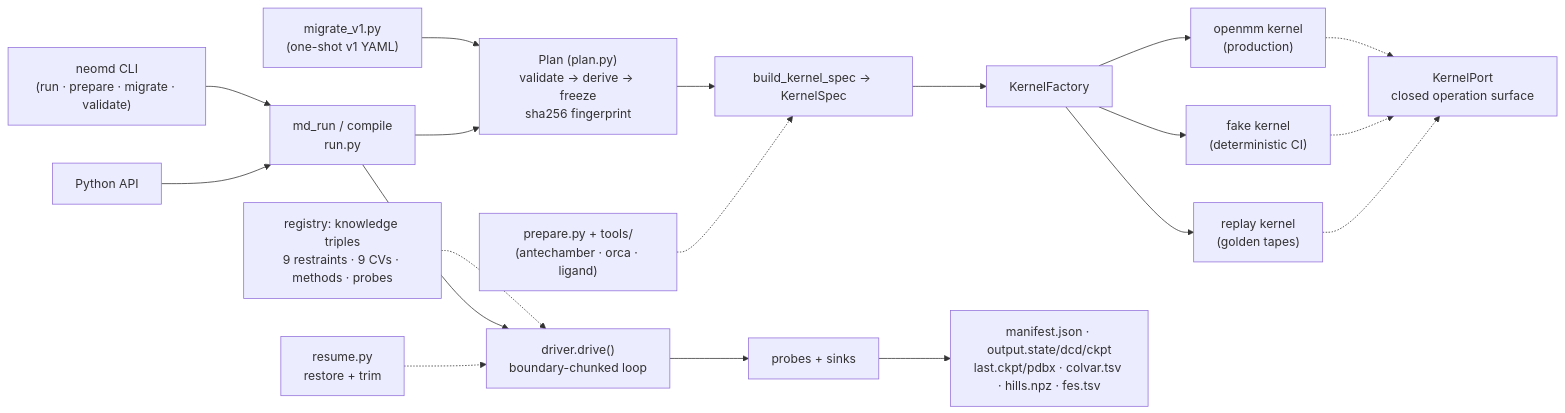
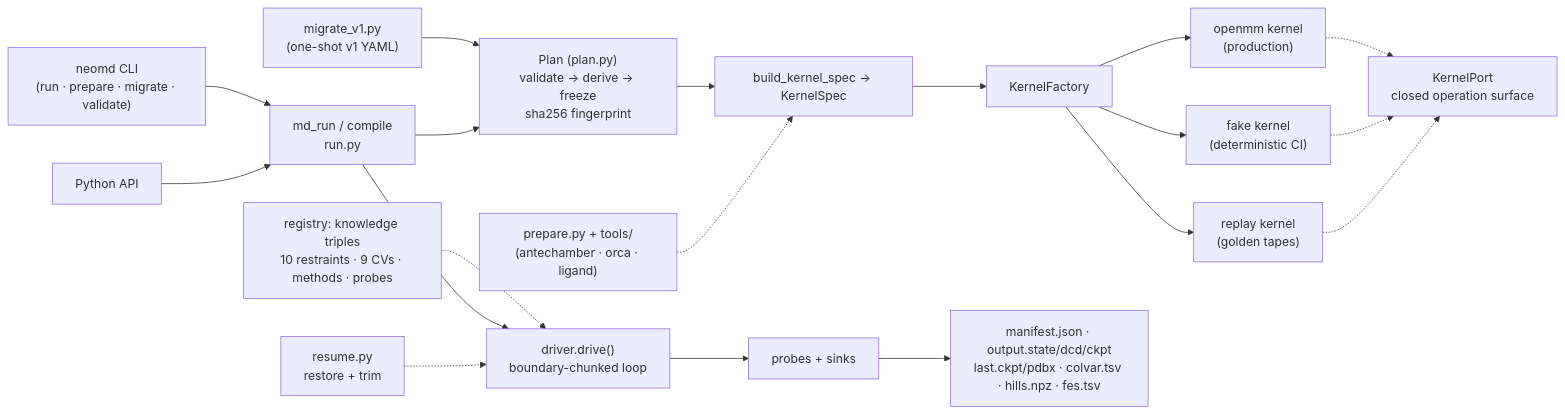
The diagram in README.md (NeoBinder/NeoDynamics), drawn with Mermaid before and after one commit. The commit also changed other lines of this file and 13 other files, not shown here.

````diff
--- a/README.md
+++ b/README.md
@@ -164,17 +171,17 @@
 ```mermaid
 flowchart LR
     CLI["neomd CLI<br/>(run · prepare · migrate · validate)"] --> MR["md_run / compile<br/>run.py"]
     PY["Python API"] --> MR
     MV["migrate_v1.py<br/>(one-shot v1 YAML)"] --> PL["Plan (plan.py)<br/>validate → derive → freeze<br/>sha256 fingerprint"]
     MR --> PL --> KS["build_kernel_spec → KernelSpec"]
     KS --> FAC["KernelFactory"]
     FAC --> OM["openmm kernel<br/>(production)"]
     FAC --> FK["fake kernel<br/>(deterministic CI)"]
     FAC --> RP["replay kernel<br/>(golden tapes)"]
     OM & FK & RP -.-> PORT["KernelPort<br/>closed operation surface"]
-    REG["registry: knowledge triples<br/>9 restraints · 9 CVs · methods · probes"] -.-> DRV
+    REG["registry: knowledge triples<br/>10 restraints · 9 CVs · methods · probes"] -.-> DRV
     MR --> DRV["driver.drive()<br/>boundary-chunked loop"]
     RES["resume.py<br/>restore + trim"] -.-> DRV
     DRV --> PRB["probes + sinks"] --> ART["manifest.json · output.state/dcd/ckpt<br/>last.ckpt/pdbx · colvar.tsv · hills.npz · fes.tsv"]
     PRE["prepare.py + tools/<br/>(antechamber · orca · ligand)"] -.-> KS
 ```
````
